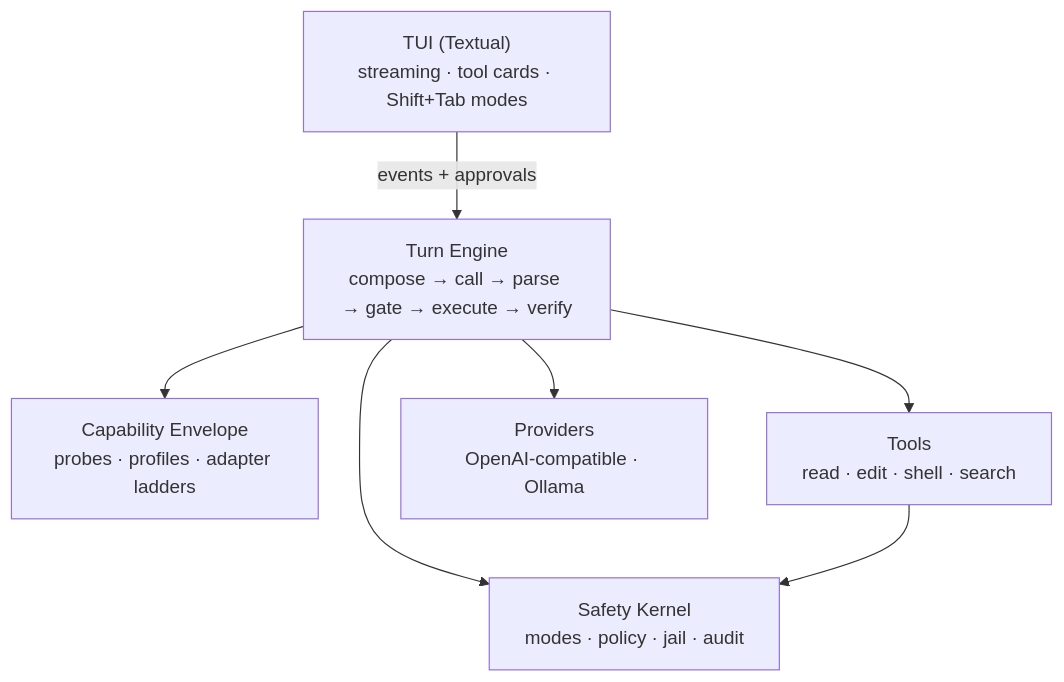
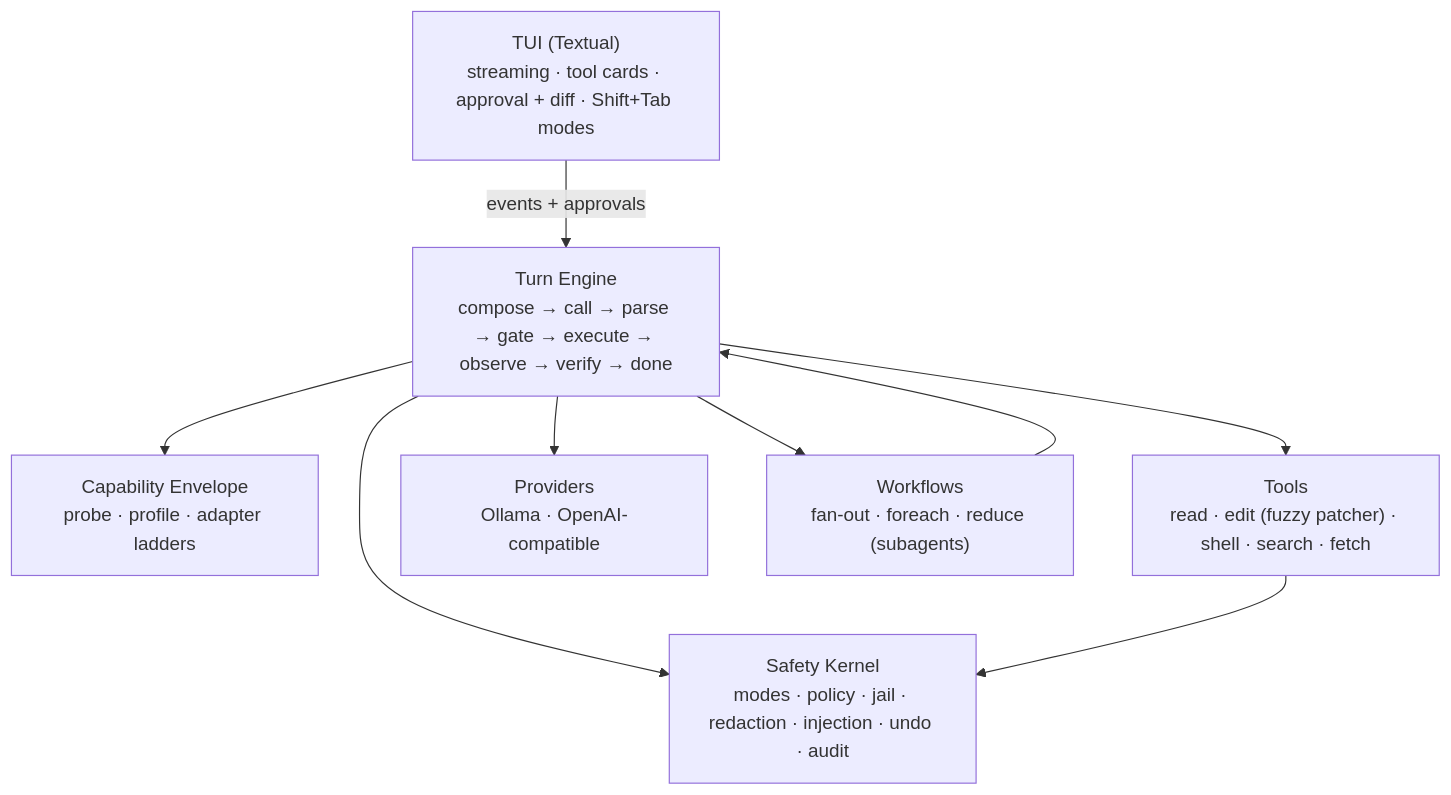
One commit to RealDealCPA-VR/IronCore changed the diagram in README.md. Above: the diagram before and after it, drawn with Mermaid. The commit also changed other lines of this file and 1 other file, not shown here.

First line of the commit message:
docs: banger-but-factual README — molds-to-model made real, roadmap removed, moonshots added

````diff
--- a/README.md
+++ b/README.md
@@ -132,10 +144,12 @@
 ```mermaid
 graph TD
-    TUI["TUI (Textual)<br/>streaming · tool cards · Shift+Tab modes"] -->|events + approvals| CORE
-    CORE["Turn Engine<br/>compose → call → parse → gate → execute → verify"] --> SAFETY
-    CORE --> ENV["Capability Envelope<br/>probes · profiles · adapter ladders"]
-    CORE --> TOOLS["Tools<br/>read · edit · shell · search"]
-    CORE --> PROV["Providers<br/>OpenAI-compatible · Ollama"]
-    SAFETY["Safety Kernel<br/>modes · policy · jail · audit"]
+    TUI["TUI (Textual)<br/>streaming · tool cards · approval + diff · Shift+Tab modes"] -->|events + approvals| CORE
+    CORE["Turn Engine<br/>compose → call → parse → gate → execute → observe → verify → done"] --> SAFETY
+    CORE --> ENV["Capability Envelope<br/>probe · profile · adapter ladders"]
+    CORE --> TOOLS["Tools<br/>read · edit (fuzzy patcher) · shell · search · fetch"]
+    CORE --> PROV["Providers<br/>Ollama · OpenAI-compatible"]
+    CORE --> WF["Workflows<br/>fan-out · foreach · reduce (subagents)"]
+    SAFETY["Safety Kernel<br/>modes · policy · jail · redaction · injection · undo · audit"]
     TOOLS --> SAFETY
+    WF --> CORE
 ```
````
